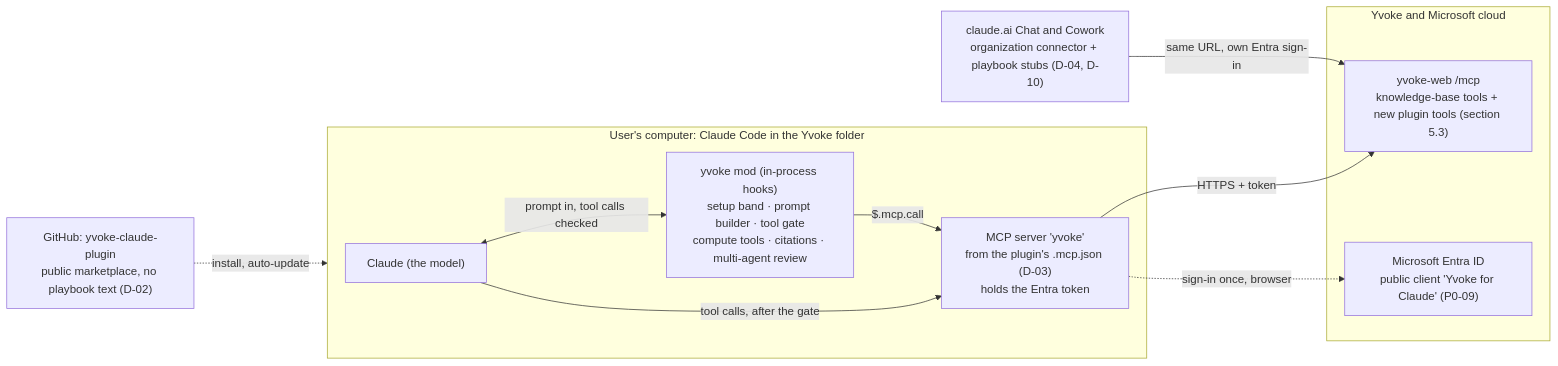
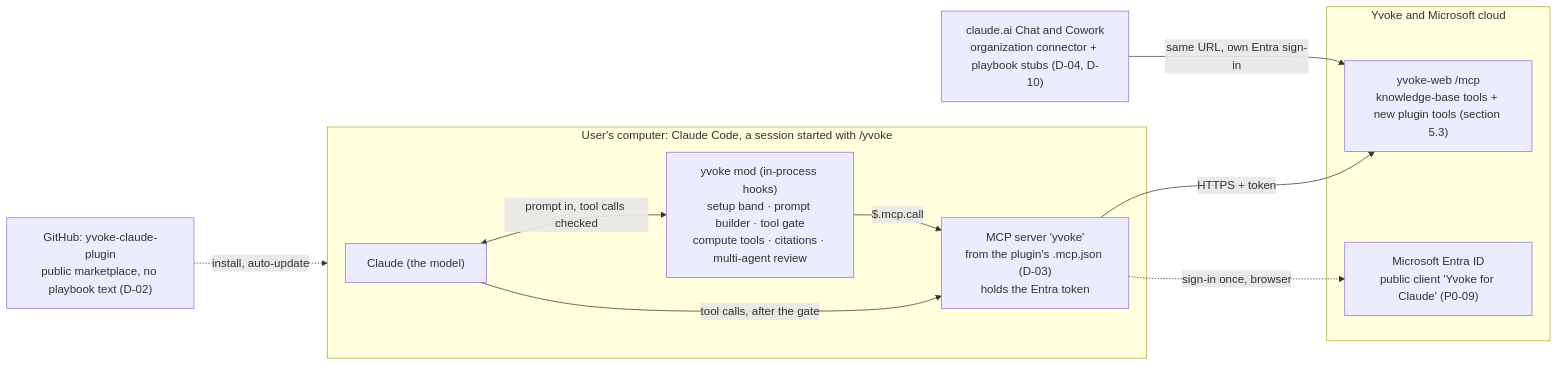
One commit to yvoke-dev/yvoke-claude-plugin changed the diagram in docs/tasks/v1/design.md. Above: the diagram before and after it, drawn with Mermaid. The commit also changed other lines of this file and 3 other files, not shown here.

First line of the commit message:
D-13: Yvoke works in any folder and starts with /yvoke (decided 2026-10-05)

````diff
--- a/docs/tasks/v1/design.md
+++ b/docs/tasks/v1/design.md
@@ -10,21 +10,21 @@
 ```mermaid
 flowchart LR
   repo["GitHub: yvoke-claude-plugin<br/>public marketplace, no playbook text (D-02)"]
-  subgraph pc["User's computer: Claude Code in the Yvoke folder"]
+  subgraph pc["User's computer: Claude Code, a session started with /yvoke"]
     model["Claude (the model)"]
     mod["yvoke mod (in-process hooks)<br/>setup band · prompt builder · tool gate<br/>compute tools · citations · multi-agent review"]
     conn["MCP server 'yvoke'<br/>from the plugin's .mcp.json (D-03)<br/>holds the Entra token"]
   end
   subgraph cloud["Yvoke and Microsoft cloud"]
     web["yvoke-web /mcp<br/>knowledge-base tools + new plugin tools (section 5.3)"]
     entra["Microsoft Entra ID<br/>public client 'Yvoke for Claude' (P0-09)"]
   end
   chat["claude.ai Chat and Cowork<br/>organization connector + playbook stubs (D-04, D-10)"]
   repo -. "install, auto-update" .-> pc
   model <-- "prompt in, tool calls checked" --> mod
   model -- "tool calls, after the gate" --> conn
   mod -- "$.mcp.call" --> conn
   conn -- "HTTPS + token" --> web
   conn -. "sign-in once, browser" .-> entra
   chat -- "same URL, own Entra sign-in" --> web
 ```
````
